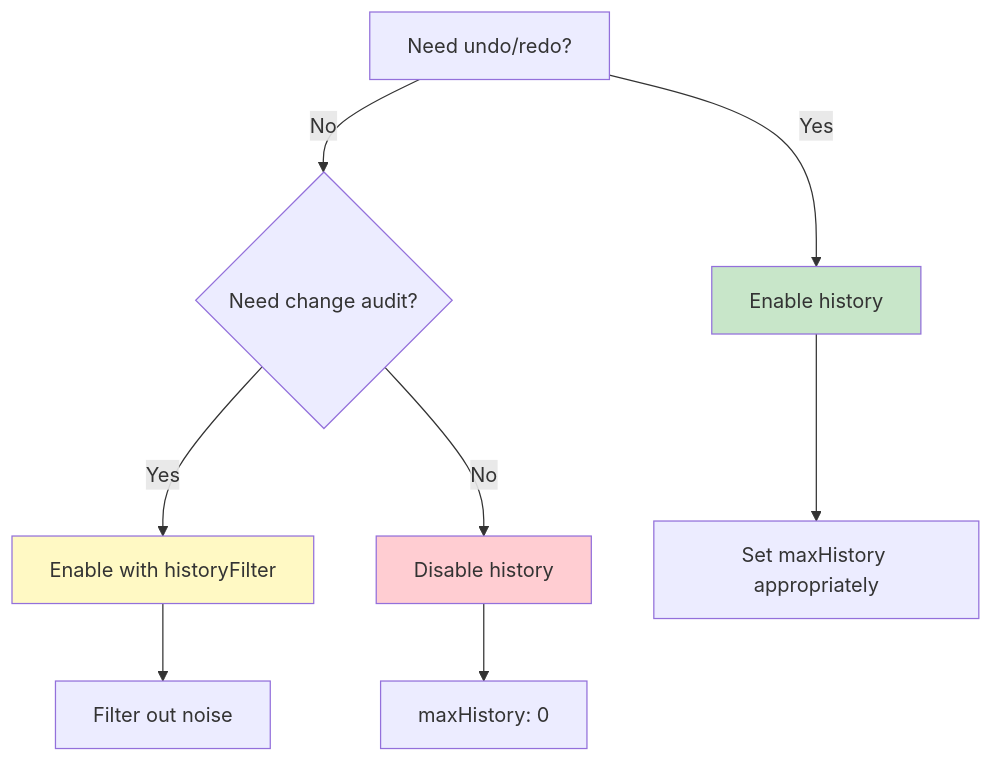
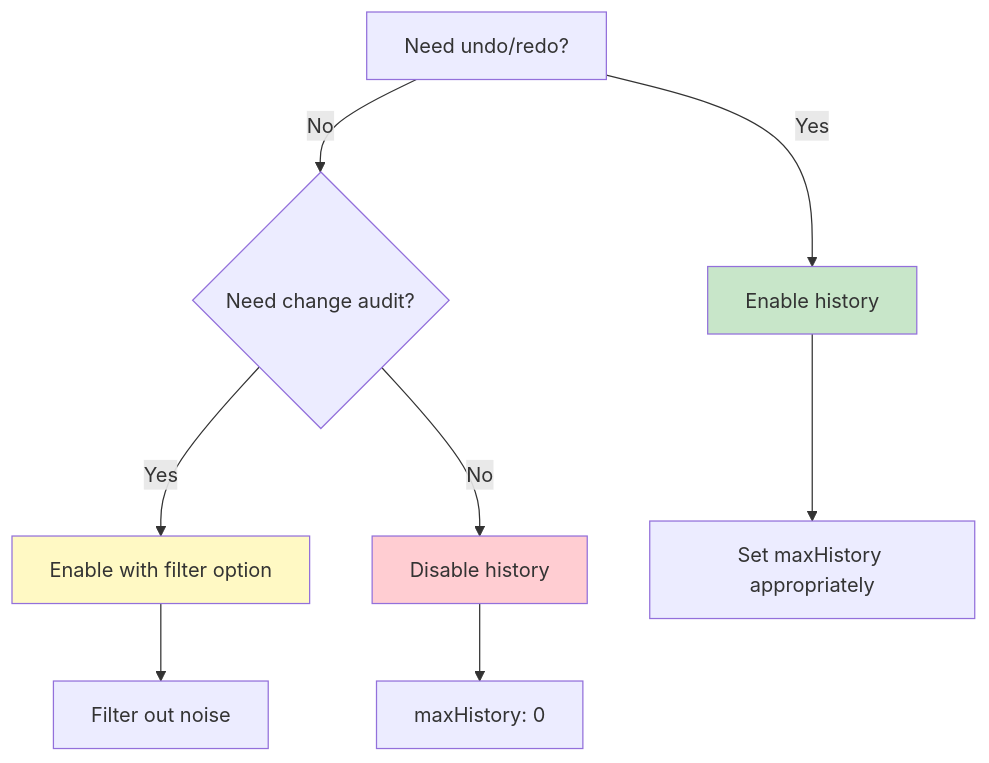
Before and after one commit to arcmantle/weave: the third of 3 diagrams in packages/core/chronicle/docs/guide/best-practices.md, drawn with Mermaid. The commit also changed 32 other files, not shown here.

````diff
--- a/packages/core/chronicle/docs/guide/best-practices.md
+++ b/packages/core/chronicle/docs/guide/best-practices.md
@@ -50,15 +50,15 @@
 ```mermaid
 graph TD
     A[Need undo/redo?] -->|Yes| B[Enable history]
     A -->|No| C{Need change audit?}
-    C -->|Yes| D[Enable with historyFilter]
+    C -->|Yes| D[Enable with filter option]
     C -->|No| E[Disable history]
 
     B --> F[Set maxHistory appropriately]
     D --> G[Filter out noise]
     E --> H[maxHistory: 0]
 
     style B fill:#c8e6c9
     style D fill:#fff9c4
     style E fill:#ffcdd2
 ```
````
